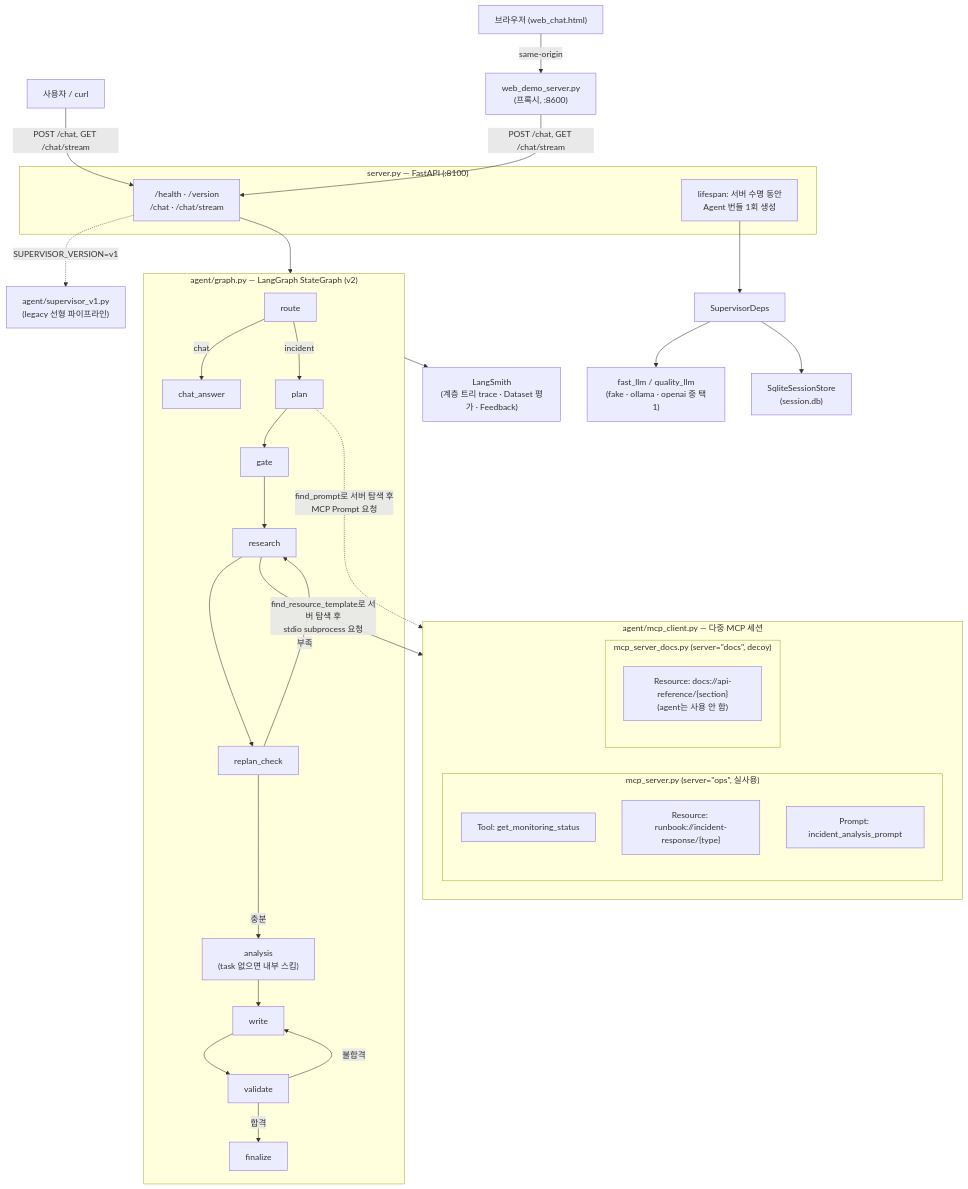
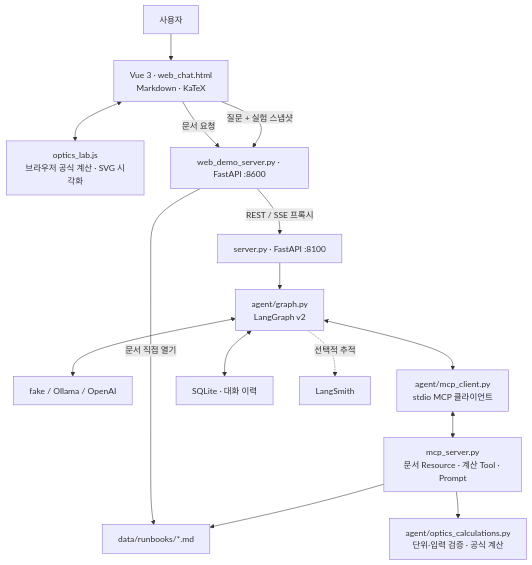
One commit to Yoonjin-Ko/Optics-Lab-Assistant changed the second of 3 diagrams in doc/README.md. Above: the diagram before and after it, drawn with Mermaid. The commit also changed other lines of this file and 14 other files, not shown here.

Commit message:
Improve optics experiments, MCP calculations, and documentation

````diff
--- a/doc/README.md
+++ b/doc/README.md
@@ -68,49 +38,17 @@
 ```mermaid
 flowchart TB
-    User["사용자 / curl"] -->|"POST /chat, GET /chat/stream"| API
-    Browser["브라우저 (web_chat.html)"] -->|"same-origin"| Proxy["web_demo_server.py<br/>(프록시, :8600)"]
-    Proxy -->|"POST /chat, GET /chat/stream"| API
-
-    subgraph Server["server.py — FastAPI (:8100)"]
-        API["/health · /version<br/>/chat · /chat/stream"]
-        Lifespan["lifespan: 서버 수명 동안<br/>Agent 번들 1회 생성"]
-    end
-
-    API --> Graph
-
-    subgraph Graph["agent/graph.py — LangGraph StateGraph (v2)"]
-        Route["route"] -->|chat| ChatAnswer["chat_answer"]
-        Route -->|incident| Plan["plan"]
-        Plan --> Gate["gate"]
-        Gate --> Research["research"]
-        Research --> ReplanCheck["replan_check"]
-        ReplanCheck -->|부족| Research
-        ReplanCheck -->|충분| Analysis["analysis<br/>(task 없으면 내부 스킵)"]
-        Analysis --> Write["write"]
-        Write --> Validate["validate"]
-        Validate -->|불합격| Write
-        Validate -->|합격| Finalize["finalize"]
-    end
-
-    API -. "SUPERVISOR_VERSION=v1" .-> V1["agent/supervisor_v1.py<br/>(legacy 선형 파이프라인)"]
-
-    Plan -. "find_prompt로 서버 탐색 후<br/>MCP Prompt 요청" .-> MCPClient
-    Research -->|"find_resource_template로 서버 탐색 후<br/>stdio subprocess 요청"| MCPClient
-
-    subgraph MCPClient["agent/mcp_client.py — 다중 MCP 세션"]
-        subgraph OpsServer["mcp_server.py (server=&quot;ops&quot;, 실사용)"]
-            Tool["Tool: get_monitoring_status"]
-            Resource["Resource: runbook://incident-response/{type}"]
-            Prompt["Prompt: incident_analysis_prompt"]
-        end
-        subgraph DocsServer["mcp_server_docs.py (server=&quot;docs&quot;, decoy)"]
-            DocsResource["Resource: docs://api-reference/{section}<br/>(agent는 사용 안 함)"]
-        end
-    end
-
-    Lifespan --> Deps["SupervisorDeps"]
-    Deps --> LLM["fast_llm / quality_llm<br/>(fake · ollama · openai 중 택1)"]
-    Deps --> Session["SqliteSessionStore<br/>(session.db)"]
-
-    Graph --> Trace["LangSmith<br/>(계층 트리 trace · Dataset 평가 · Feedback)"]
+    User["사용자"] --> UI["Vue 3 · web_chat.html<br/>Markdown · KaTeX"]
+    UI <--> Sim["optics_lab.js<br/>브라우저 공식 계산 · SVG 시각화"]
+    UI -->|"문서 요청"| Web["web_demo_server.py · FastAPI :8600"]
+    UI -->|"질문 + 실험 스냅샷"| Web
+    Web -->|"REST / SSE 프록시"| API["server.py · FastAPI :8100"]
+    Web -->|"문서 직접 열기"| Files["data/runbooks/*.md"]
+    API --> Graph["agent/graph.py<br/>LangGraph v2"]
+    Graph <--> LLM["fake / Ollama / OpenAI"]
+    Graph <--> Client["agent/mcp_client.py<br/>stdio MCP 클라이언트"]
+    Client <--> MCP["mcp_server.py<br/>문서 Resource · 계산 Tool · Prompt"]
+    MCP --> Files
+    MCP --> Calc["agent/optics_calculations.py<br/>단위·입력 검증 · 공식 계산"]
+    Graph <--> DB["SQLite · 대화 이력"]
+    Graph -. "선택적 추적" .-> Trace["LangSmith"]
 ```
````
